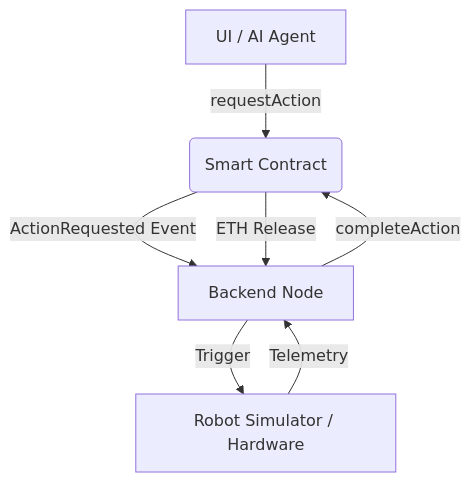
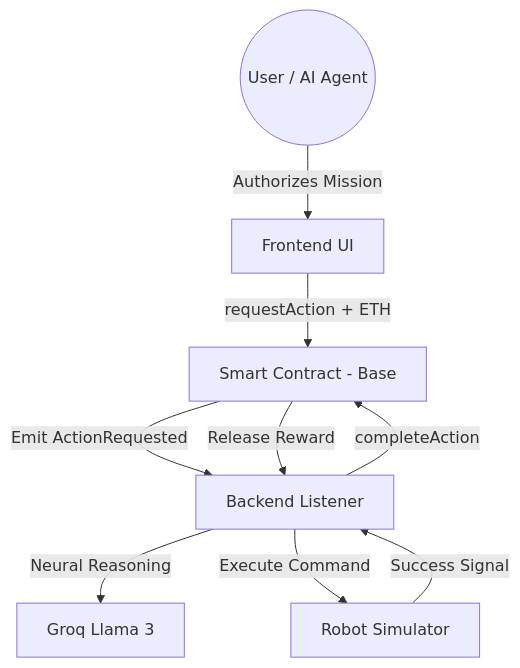
The diagram in README.md (nayrbryanGaming/botcall-protocol), drawn with Mermaid before and after one commit. The commit also changed other lines of this file and 17 other files, not shown here.

````diff
--- a/README.md
+++ b/README.md
@@ -10,9 +10,11 @@
 ```mermaid
 graph TD
-    A[UI / AI Agent] -->|requestAction| B(Smart Contract)
-    B -->|ActionRequested Event| C[Backend Node]
-    C -->|Trigger| D[Robot Simulator / Hardware]
-    D -->|Telemetry| C
-    C -->|completeAction| B
-    B -->|ETH Release| C
+    User((User / AI Agent)) -->|Authorizes Mission| FE[Frontend UI]
+    FE -->|requestAction + ETH| SC[Smart Contract - Base]
+    SC -->|Emit ActionRequested| BL[Backend Listener]
+    BL -->|Neural Reasoning| AI[Groq Llama 3]
+    BL -->|Execute Command| RS[Robot Simulator]
+    RS -->|Success Signal| BL
+    BL -->|completeAction| SC
+    SC -->|Release Reward| BL
 ```
````
